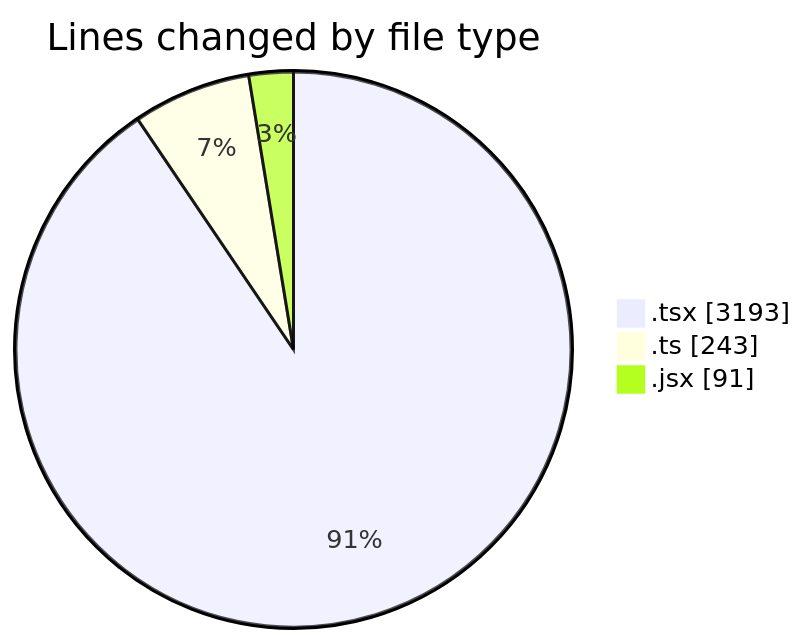
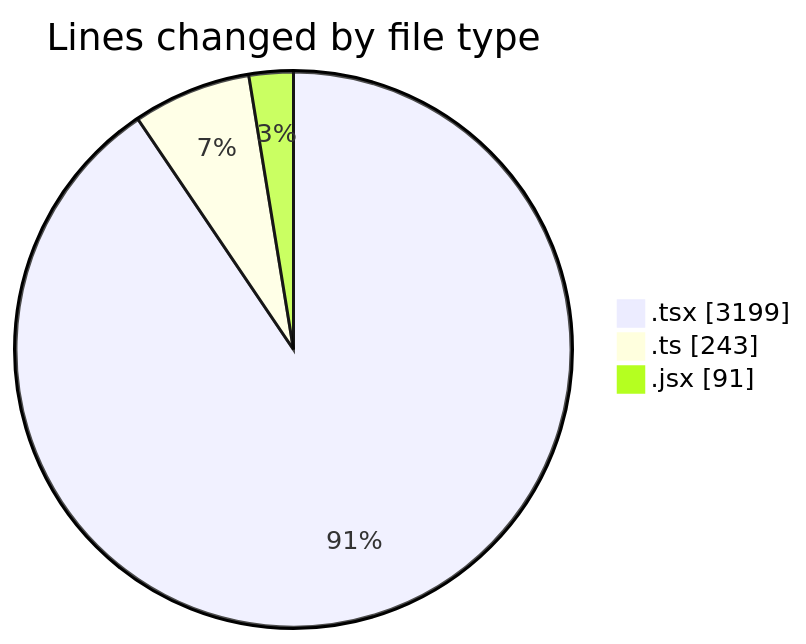
The first of 2 diagrams in 2026-04-27/cda/README.md (momahboobian/code-tracking), drawn with Mermaid before and after one commit. The commit also changed other lines of this file and 1 other file, not shown here.

````diff
--- a/2026-04-27/cda/README.md
+++ b/2026-04-27/cda/README.md
@@ -31,7 +31,7 @@
 ```mermaid
 pie showData
 title Lines changed by file type
-".tsx" : 3193
+".tsx" : 3199
 ".ts" : 243
 ".jsx" : 91
 ```
````
